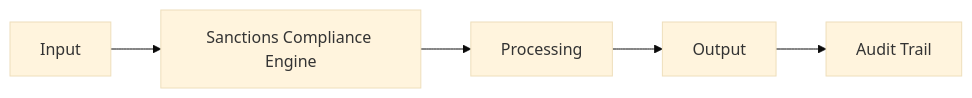
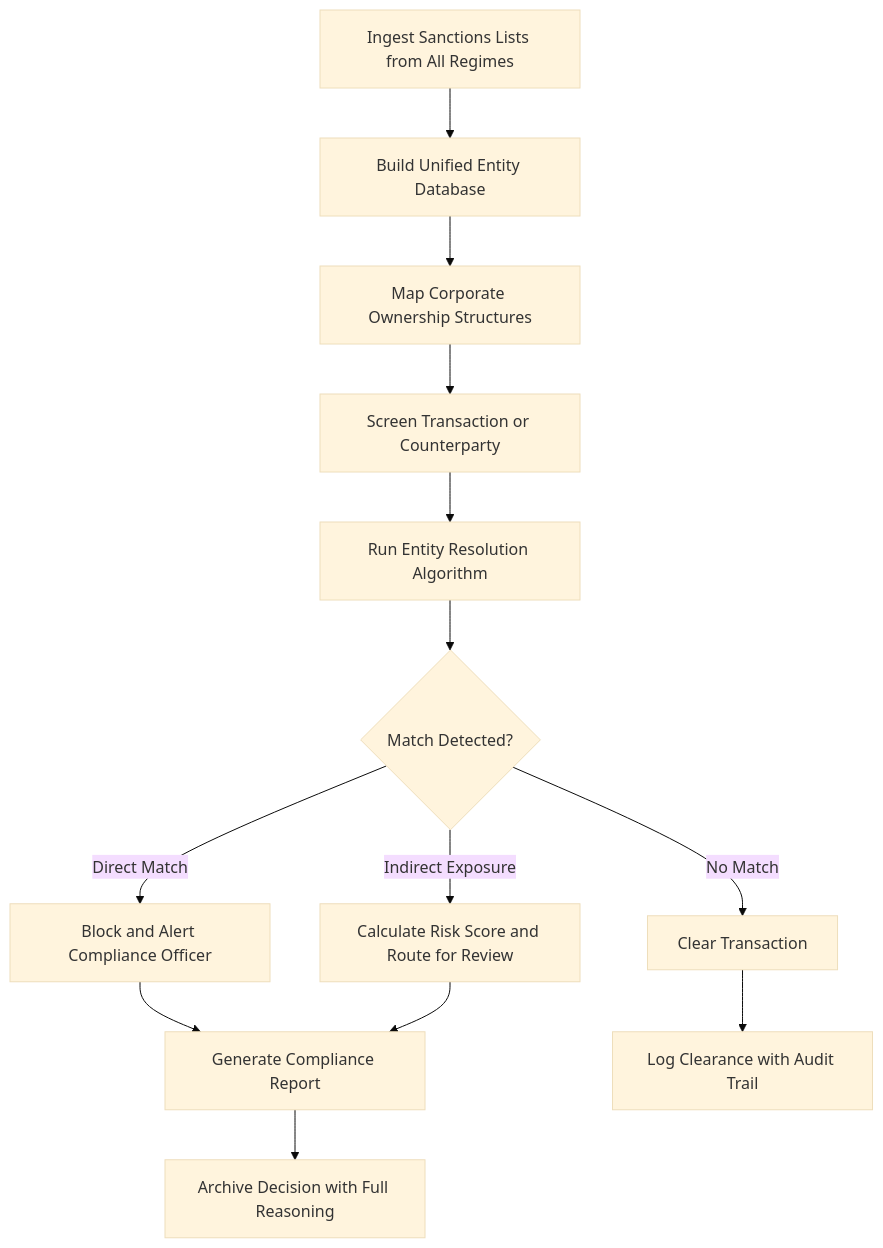
One commit to andrew-leo-2024/marketplace-docs changed the diagram in docs/audiences/04-international-institutions/sanctions-compliance-engine.mdx. Above: the diagram before and after it, drawn with Mermaid (base theme). The commit also changed other lines of this file and 401 other files, not shown here.

````diff
--- a/docs/audiences/04-international-institutions/sanctions-compliance-engine.mdx
+++ b/docs/audiences/04-international-institutions/sanctions-compliance-engine.mdx
@@ -29,7 +35,15 @@
 ```mermaid
-graph LR
-    A[Input] --> B[Sanctions Compliance Engine]
-    B --> C[Processing]
-    C --> D[Output]
-    D --> E[Audit Trail]
+graph TD
+    A[Ingest Sanctions Lists from All Regimes] --> B[Build Unified Entity Database]
+    B --> C[Map Corporate Ownership Structures]
+    C --> D[Screen Transaction or Counterparty]
+    D --> E[Run Entity Resolution Algorithm]
+    E --> F{Match Detected?}
+    F -->|Direct Match| G[Block and Alert Compliance Officer]
+    F -->|Indirect Exposure| H[Calculate Risk Score and Route for Review]
+    F -->|No Match| I[Clear Transaction]
+    G --> J[Generate Compliance Report]
+    H --> J
+    I --> K[Log Clearance with Audit Trail]
+    J --> L[Archive Decision with Full Reasoning]
 ```
````
